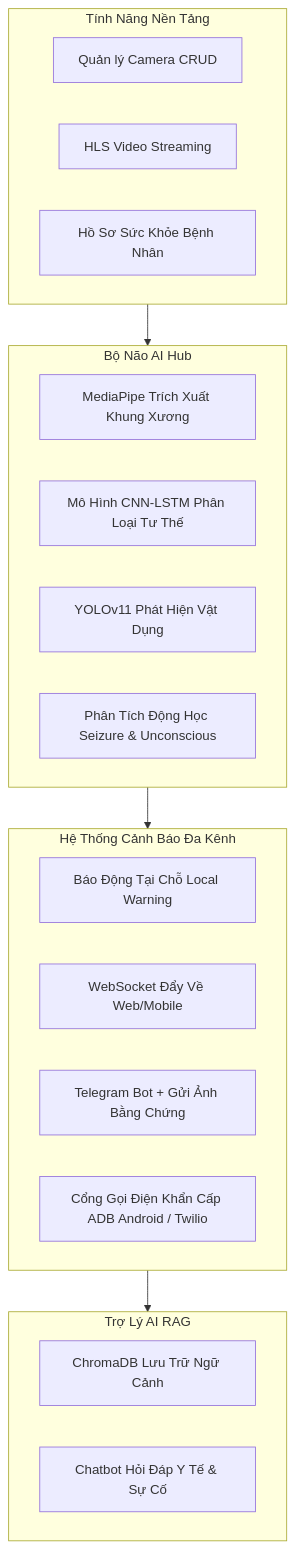
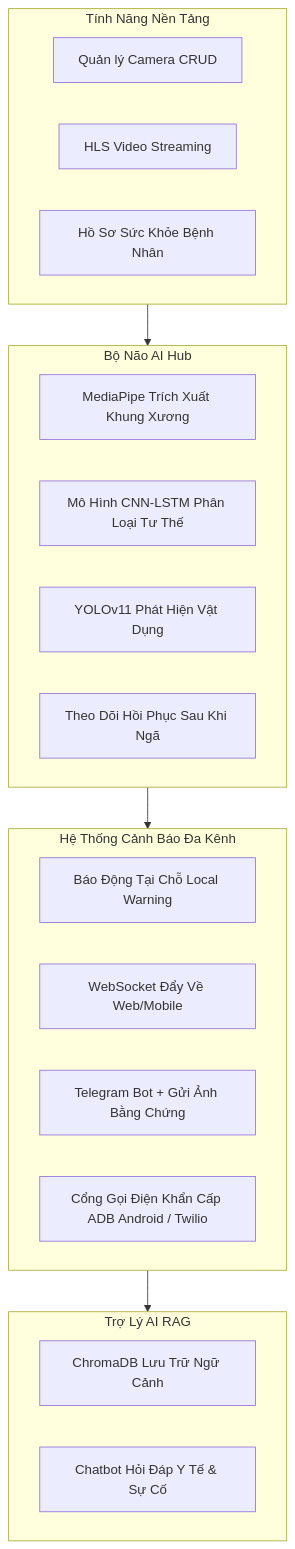
Before and after one commit to macchu25/ai: the diagram in project_analysis.md, drawn with Mermaid. The commit also changed other lines of this file and 21 other files, not shown here.

````diff
--- a/project_analysis.md
+++ b/project_analysis.md
@@ -11,32 +11,32 @@
 ```mermaid
 graph TD
     subgraph Core_Features [Tính Năng Nền Tảng]
         F1[Quản lý Camera CRUD]
         F2[HLS Video Streaming]
         F3[Hồ Sơ Sức Khỏe Bệnh Nhân]
     end
 
     subgraph AI_Core [Bộ Não AI Hub]
         F4[MediaPipe Trích Xuất Khung Xương]
         F5[Mô Hình CNN-LSTM Phân Loại Tư Thế]
         F6[YOLOv11 Phát Hiện Vật Dụng]
-        F7[Phân Tích Động Học Seizure & Unconscious]
+        F7[Theo Dõi Hồi Phục Sau Khi Ngã]
     end
 
     subgraph Alert_Pipeline [Hệ Thống Cảnh Báo Đa Kênh]
         F8[Báo Động Tại Chỗ Local Warning]
         F9[WebSocket Đẩy Về Web/Mobile]
         F10[Telegram Bot + Gửi Ảnh Bằng Chứng]
         F11[Cổng Gọi Điện Khẩn Cấp ADB Android / Twilio]
     end
 
     subgraph Smart_Assistant [Trợ Lý AI RAG]
         F12[ChromaDB Lưu Trữ Ngữ Cảnh]
         F13[Chatbot Hỏi Đáp Y Tế & Sự Cố]
     end
 
     %% Dependencies
     Core_Features --> AI_Core
     AI_Core --> Alert_Pipeline
     Alert_Pipeline --> Smart_Assistant
 ```
````
